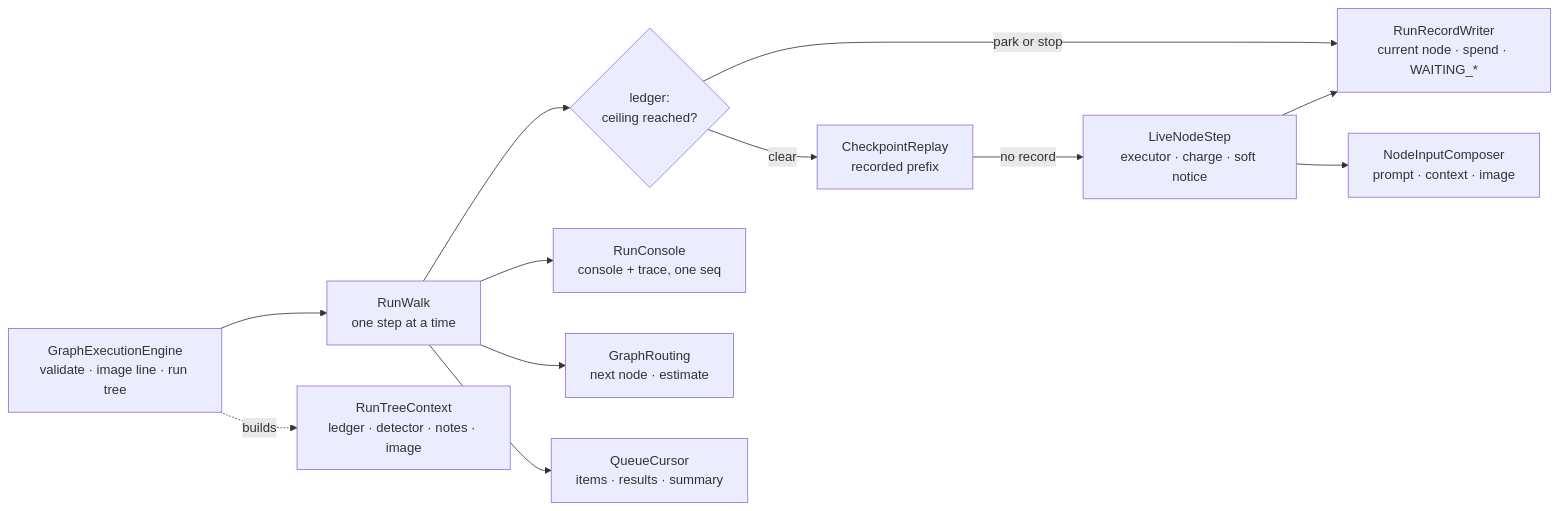
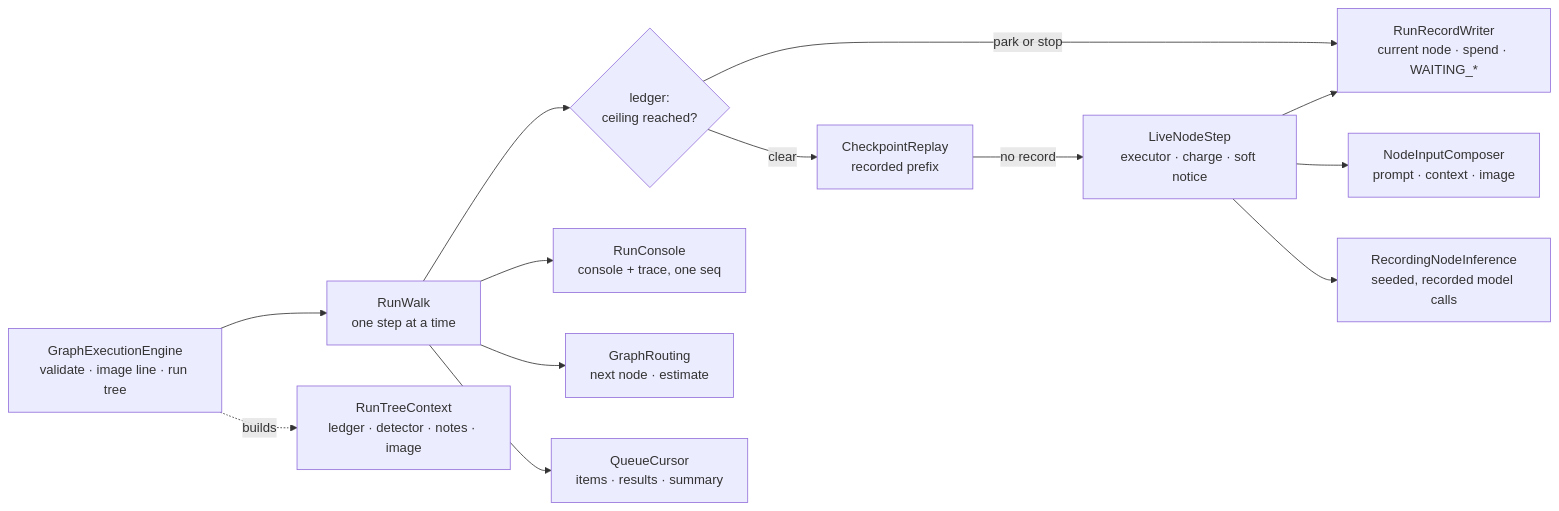
Before and after one commit to alexeyw/knotwork: the fourth of 9 diagrams in docs/architecture.md, drawn with Mermaid. The commit also changed other lines of this file and 149 other files, not shown here.

````diff
--- a/docs/architecture.md
+++ b/docs/architecture.md
@@ -408,14 +408,15 @@
 ```mermaid
 flowchart LR
     Engine["GraphExecutionEngine<br/>validate · image line · run tree"] --> Walk["RunWalk<br/>one step at a time"]
     Engine -. builds .-> Tree["RunTreeContext<br/>ledger · detector · notes · image"]
     Walk --> Ceiling{"ledger:<br/>ceiling reached?"}
     Ceiling -- "park or stop" --> Records["RunRecordWriter<br/>current node · spend · WAITING_*"]
     Ceiling -- clear --> Replay["CheckpointReplay<br/>recorded prefix"]
     Replay -- "no record" --> Live["LiveNodeStep<br/>executor · charge · soft notice"]
     Live --> Inputs["NodeInputComposer<br/>prompt · context · image"]
+    Live --> Inference["RecordingNodeInference<br/>seeded, recorded model calls"]
     Live --> Records
     Walk --> Console["RunConsole<br/>console + trace, one seq"]
     Walk --> Routing["GraphRouting<br/>next node · estimate"]
     Walk --> Queue["QueueCursor<br/>items · results · summary"]
 ```
````
